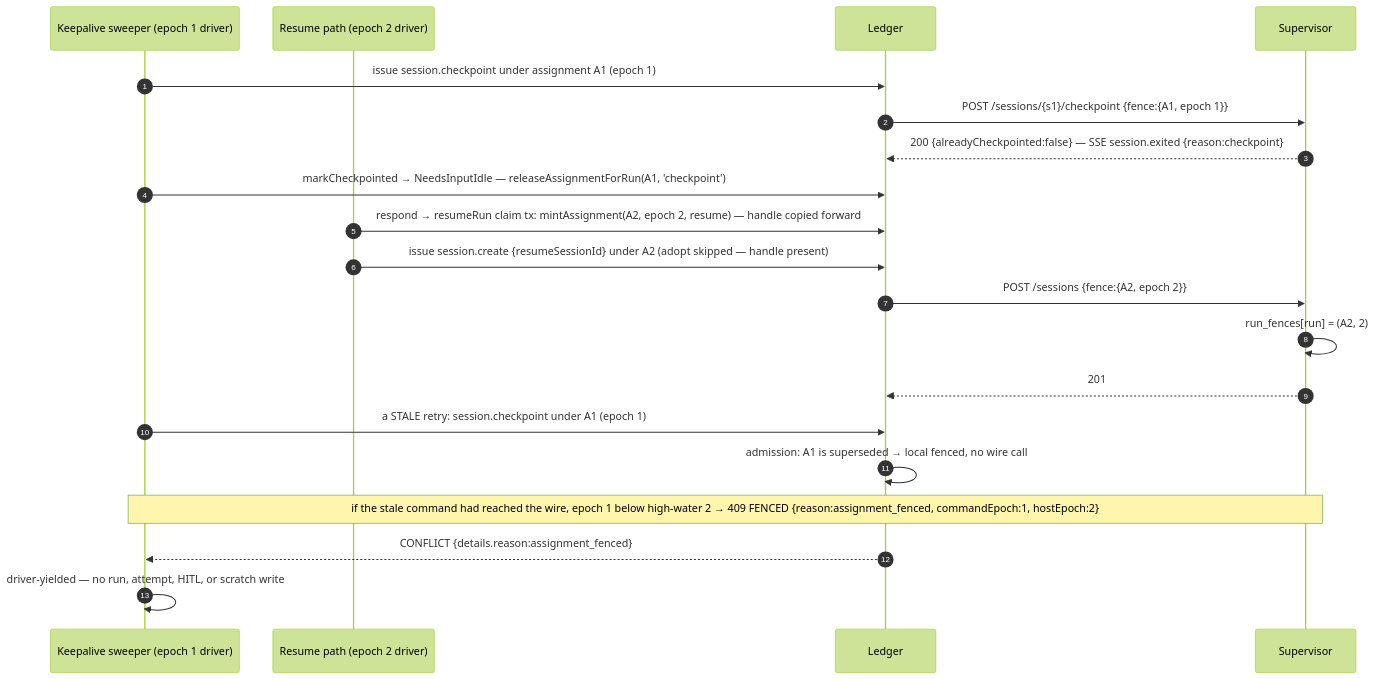
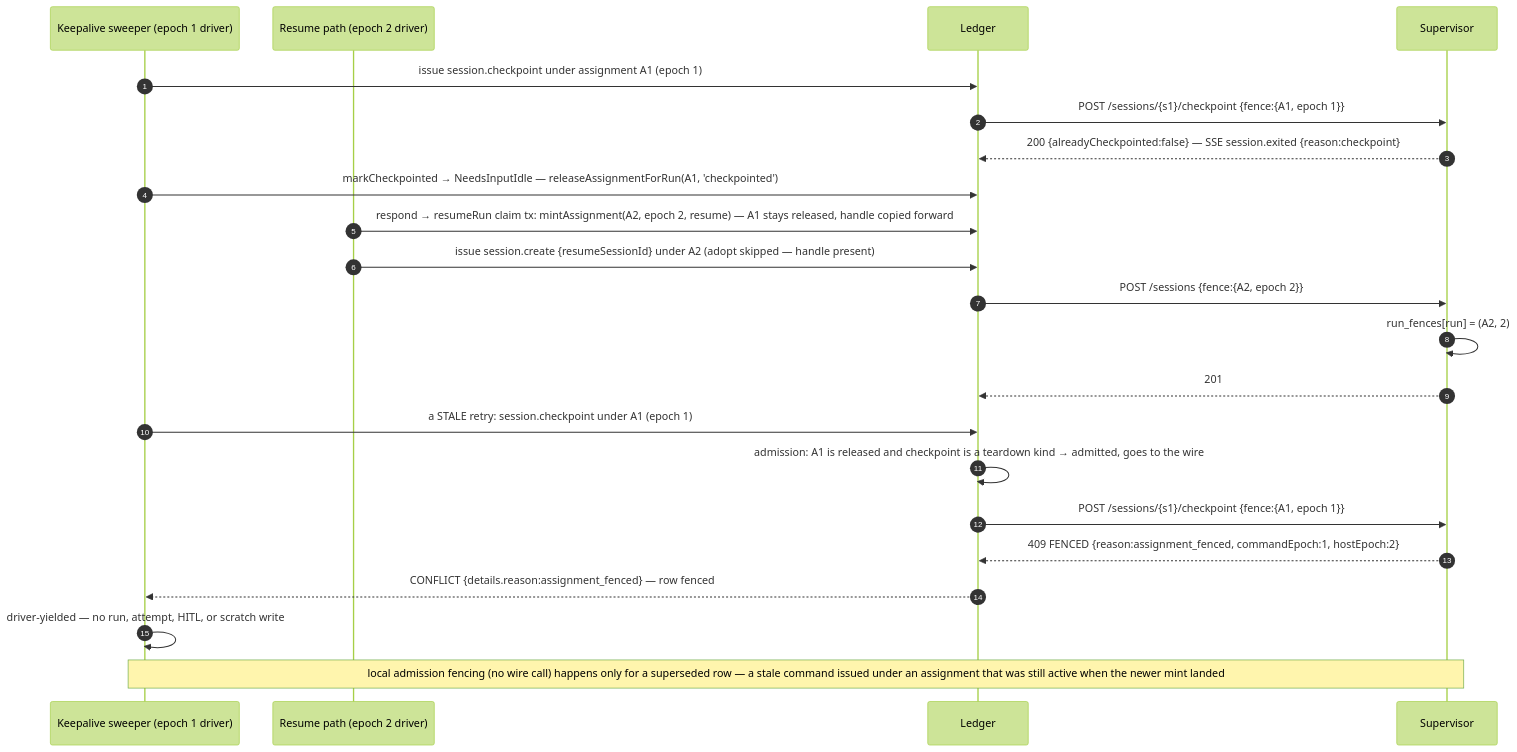
The seventh of 10 diagrams in docs/system-analytics/execution-hosts.md (maister-dev/maister), drawn with Mermaid (forest theme) before and after one commit. The commit also changed other lines of this file and 139 other files, not shown here.

First line of the commit message:
fix(execution-host): review fixes — resolver self-wait, allow-list sweep, released handles, bind-by-assignment, fenced yields, fake parity

````diff
--- a/docs/system-analytics/execution-hosts.md
+++ b/docs/system-analytics/execution-hosts.md
@@ -270,22 +315,24 @@
 ```mermaid
 sequenceDiagram
     autonumber
     participant SW as Keepalive sweeper (epoch 1 driver)
     participant RS as Resume path (epoch 2 driver)
     participant LED as Ledger
     participant SUP as Supervisor
     SW->>LED: issue session.checkpoint under assignment A1 (epoch 1)
     LED->>SUP: POST /sessions/{s1}/checkpoint {fence:{A1, epoch 1}}
     SUP-->>LED: 200 {alreadyCheckpointed:false} — SSE session.exited {reason:checkpoint}
-    SW->>LED: markCheckpointed → NeedsInputIdle — releaseAssignmentForRun(A1, 'checkpoint')
-    RS->>LED: respond → resumeRun claim tx: mintAssignment(A2, epoch 2, resume) — handle copied forward
+    SW->>LED: markCheckpointed → NeedsInputIdle — releaseAssignmentForRun(A1, 'checkpointed')
+    RS->>LED: respond → resumeRun claim tx: mintAssignment(A2, epoch 2, resume) — A1 stays released, handle copied forward
     RS->>LED: issue session.create {resumeSessionId} under A2 (adopt skipped — handle present)
     LED->>SUP: POST /sessions {fence:{A2, epoch 2}}
     SUP->>SUP: run_fences[run] = (A2, 2)
     SUP-->>LED: 201
     SW->>LED: a STALE retry: session.checkpoint under A1 (epoch 1)
-    LED->>LED: admission: A1 is superseded → local fenced, no wire call
-    Note over SW,SUP: if the stale command had reached the wire, epoch 1 below high-water 2 → 409 FENCED {reason:assignment_fenced, commandEpoch:1, hostEpoch:2}
-    LED-->>SW: CONFLICT {details.reason:assignment_fenced}
+    LED->>LED: admission: A1 is released and checkpoint is a teardown kind → admitted, goes to the wire
+    LED->>SUP: POST /sessions/{s1}/checkpoint {fence:{A1, epoch 1}}
+    SUP-->>LED: 409 FENCED {reason:assignment_fenced, commandEpoch:1, hostEpoch:2}
+    LED-->>SW: CONFLICT {details.reason:assignment_fenced} — row fenced
     SW->>SW: driver-yielded — no run, attempt, HITL, or scratch write
+    Note over SW,SUP: local admission fencing (no wire call) happens only for a superseded row — a stale command issued under an assignment that was still active when the newer mint landed
 ```
````
